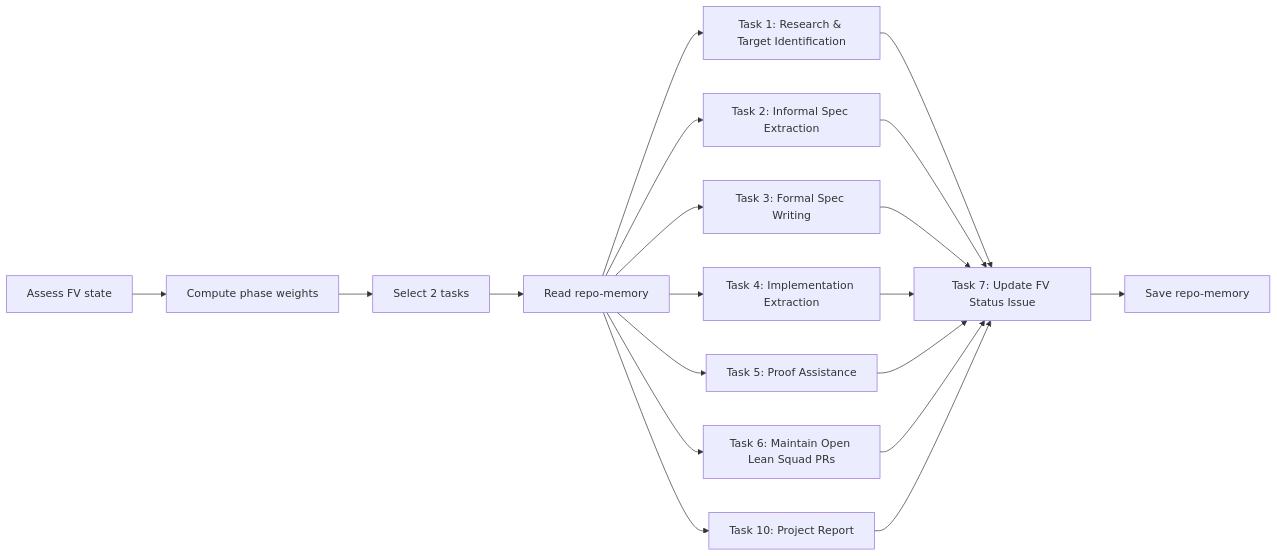
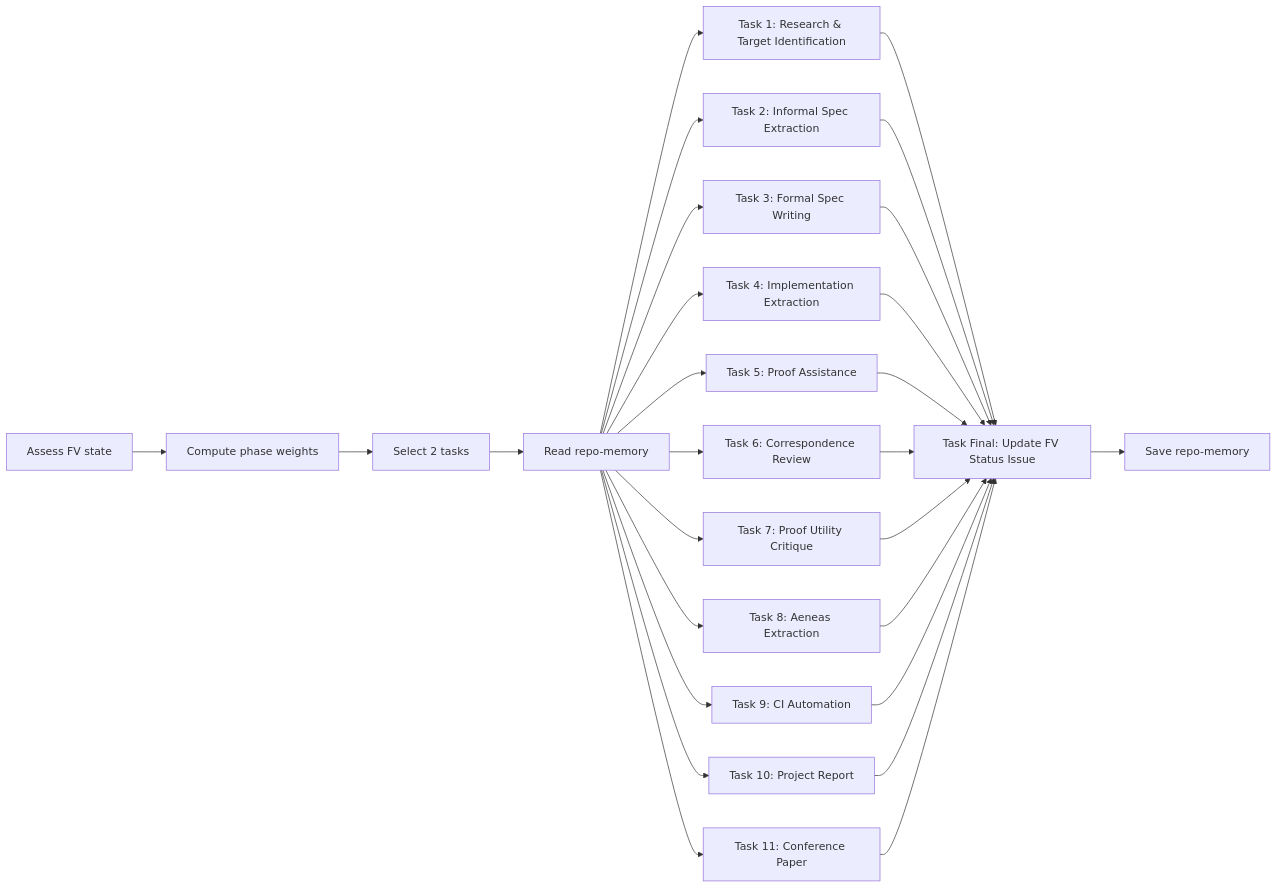
One commit to githubnext/agentics changed the diagram in docs/lean-squad.md. Above: the diagram before and after it, drawn with Mermaid. The commit also changed other lines of this file, not shown here.

`````diff
--- a/docs/lean-squad.md
+++ b/docs/lean-squad.md
@@ -17,15 +17,19 @@
 ````mermaid
 graph LR
     P[Assess FV state] --> W[Compute phase weights]
     W --> S[Select 2 tasks]
     S --> A[Read repo-memory]
     A --> T1[Task 1: Research & Target Identification]
     A --> T2[Task 2: Informal Spec Extraction]
     A --> T3[Task 3: Formal Spec Writing]
     A --> T4[Task 4: Implementation Extraction]
     A --> T5[Task 5: Proof Assistance]
-    A --> T6[Task 6: Maintain Open Lean Squad PRs]
+    A --> T6[Task 6: Correspondence Review]
+    A --> T7[Task 7: Proof Utility Critique]
+    A --> T8[Task 8: Aeneas Extraction]
+    A --> T9[Task 9: CI Automation]
     A --> T10[Task 10: Project Report]
-    T1 & T2 & T3 & T4 & T5 & T6 & T10 --> T7[Task 7: Update FV Status Issue]
-    T7 --> M[Save repo-memory]
+    A --> T11[Task 11: Conference Paper]
+    T1 & T2 & T3 & T4 & T5 & T6 & T7 & T8 & T9 & T10 & T11 --> TF[Task Final: Update FV Status Issue]
+    TF --> M[Save repo-memory]
 ````
`````
